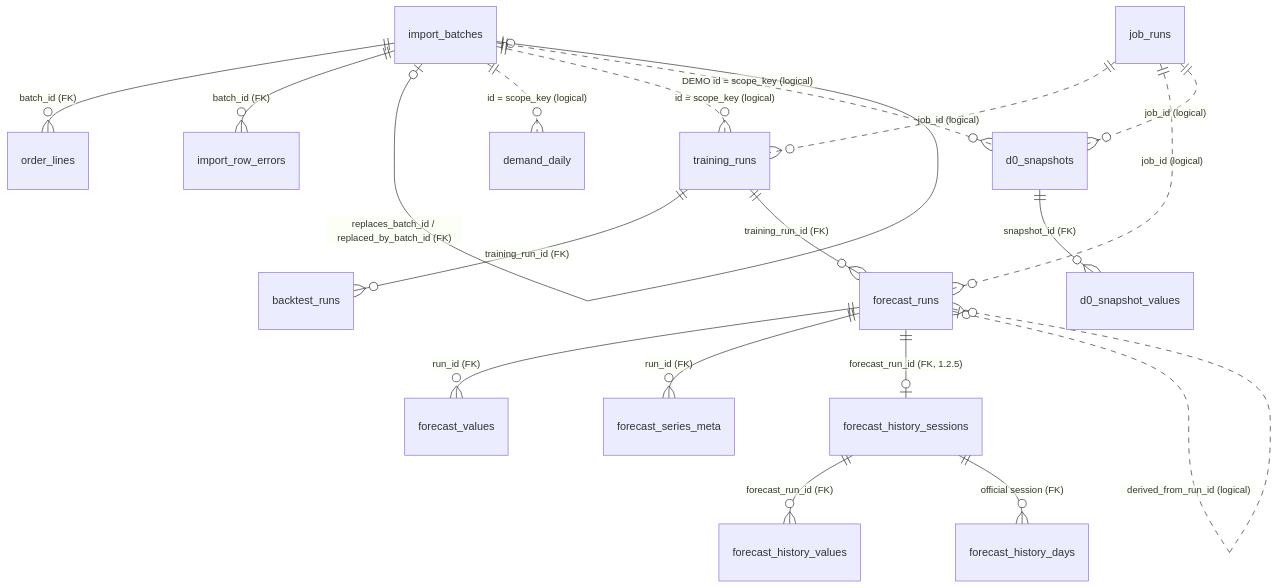
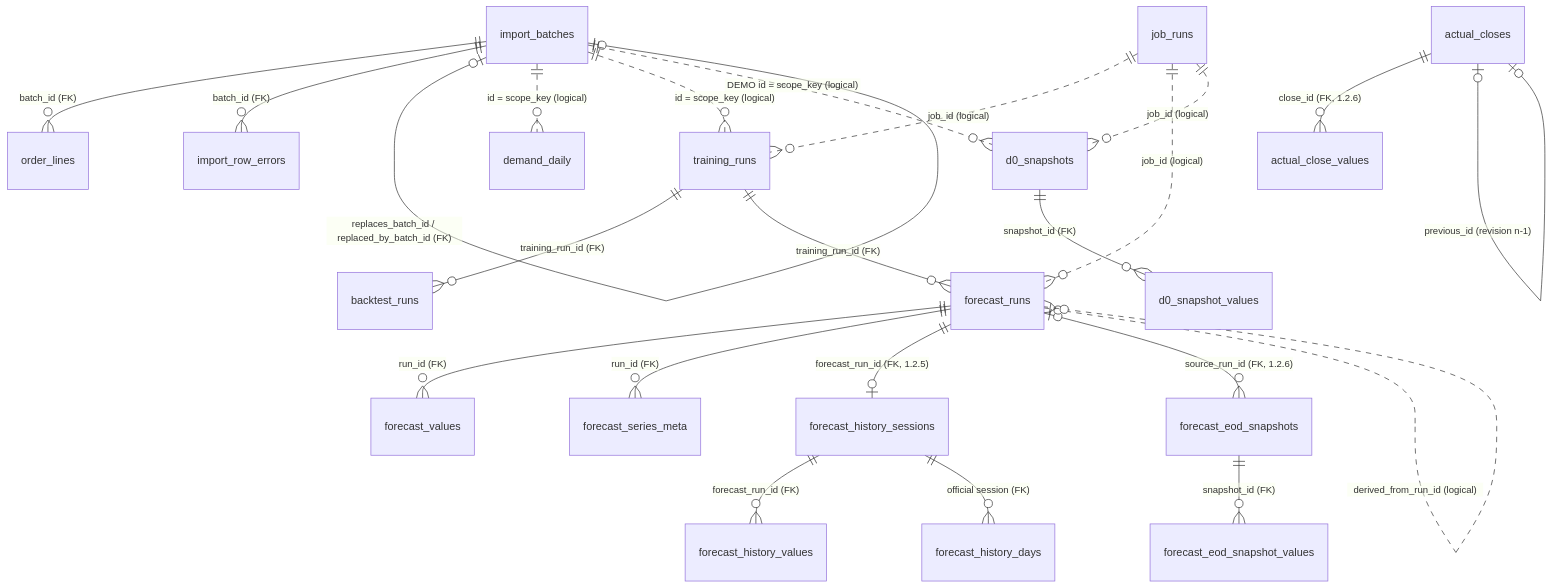
The first of 2 diagrams in docs/data/DATA-MODEL.md (Giau2510/Demand-Planning-LightGBM), drawn with Mermaid before and after one commit. The commit also changed other lines of this file and 8 other files, not shown here.

First line of the commit message:
Docs 1.2.6 (unreleased): end-of-day forecast backup, backup in the history, 23:59 actual close

````diff
--- a/docs/data/DATA-MODEL.md
+++ b/docs/data/DATA-MODEL.md
@@ -32,21 +34,25 @@
 ```mermaid
 erDiagram
     import_batches ||--o{ order_lines : "batch_id (FK)"
     import_batches ||--o{ import_row_errors : "batch_id (FK)"
     import_batches |o--o| import_batches : "replaces_batch_id / replaced_by_batch_id (FK)"
     training_runs ||--o{ backtest_runs : "training_run_id (FK)"
     training_runs ||--o{ forecast_runs : "training_run_id (FK)"
     forecast_runs ||--o{ forecast_values : "run_id (FK)"
     forecast_runs ||--o{ forecast_series_meta : "run_id (FK)"
     d0_snapshots ||--o{ d0_snapshot_values : "snapshot_id (FK)"
     forecast_runs ||--o| forecast_history_sessions : "forecast_run_id (FK, 1.2.5)"
     forecast_history_sessions ||--o{ forecast_history_values : "forecast_run_id (FK)"
     forecast_history_sessions ||--o{ forecast_history_days : "official session (FK)"
+    forecast_runs |o--o{ forecast_eod_snapshots : "source_run_id (FK, 1.2.6)"
+    forecast_eod_snapshots ||--o{ forecast_eod_snapshot_values : "snapshot_id (FK)"
+    actual_closes ||--o{ actual_close_values : "close_id (FK, 1.2.6)"
+    actual_closes |o--o| actual_closes : "previous_id (revision n-1)"
     import_batches ||..o{ demand_daily : "id = scope_key (logical)"
     import_batches ||..o{ training_runs : "id = scope_key (logical)"
     import_batches ||..o{ d0_snapshots : "DEMO id = scope_key (logical)"
     forecast_runs |o..o{ forecast_runs : "derived_from_run_id (logical)"
     job_runs ||..o{ training_runs : "job_id (logical)"
     job_runs ||..o{ forecast_runs : "job_id (logical)"
     job_runs ||..o{ d0_snapshots : "job_id (logical)"
 ```
````
